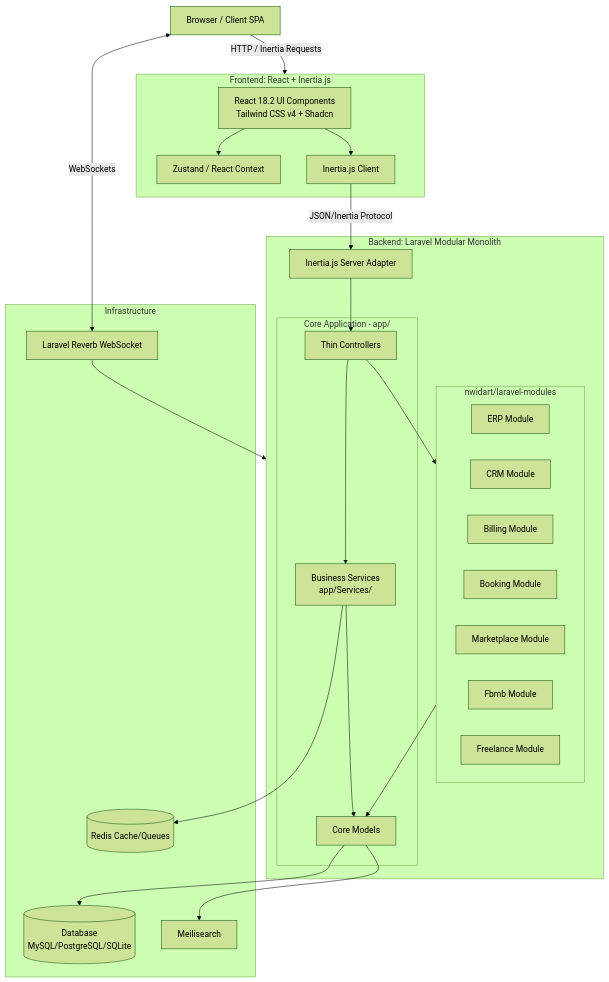
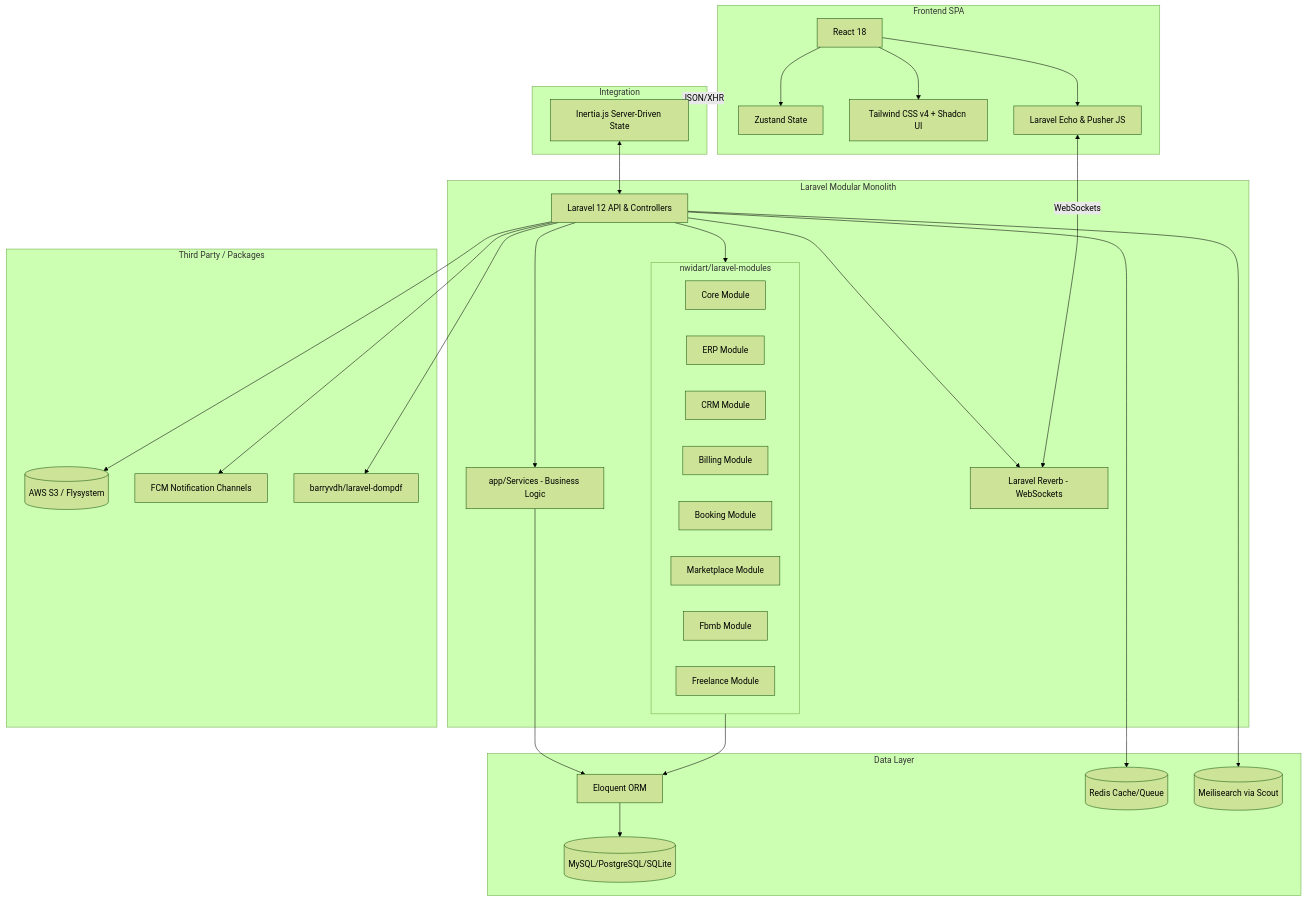
Before and after one commit to musoftware/Musoftwares: the diagram in .control/diagrams/architecture.mermaid, drawn with Mermaid (forest theme). The commit also changed 70 other files, not shown here.

````diff
--- a/.control/diagrams/architecture.mermaid
+++ b/.control/diagrams/architecture.mermaid
@@ -1,52 +1,63 @@
+```mermaid
 graph TD
-    Client[Browser / Client SPA]
-    
-    subgraph Frontend[Frontend: React + Inertia.js]
-        ReactUI[React 18.2 UI Components<br>Tailwind CSS v4 + Shadcn]
-        State[Zustand / React Context]
-        InertiaClient[Inertia.js Client]
-        ReactUI --> State
-        ReactUI --> InertiaClient
+    %% Architecture Diagram
+    subgraph Frontend [Frontend SPA]
+        React[React 18]
+        Zustand[Zustand State]
+        Tailwind[Tailwind CSS v4 + Shadcn UI]
+        Echo[Laravel Echo & Pusher JS]
+        React --> Zustand
+        React --> Tailwind
+        React --> Echo
     end
 
-    subgraph Backend[Backend: Laravel Modular Monolith]
-        InertiaServer[Inertia.js Server Adapter]
+    subgraph Integration
+        Inertia[Inertia.js Server-Driven State]
+    end
+
+    subgraph Backend [Laravel Modular Monolith]
+        Laravel[Laravel 12 API & Controllers]
+        Services[app/Services - Business Logic]
+        Reverb[Laravel Reverb - WebSockets]
         
-        subgraph CoreApp[Core Application - app/]
-            Controllers[Thin Controllers]
-            Services[Business Services<br>app/Services/]
-            Models[Core Models]
-        end
-        
-        subgraph Modules[nwidart/laravel-modules]
+        subgraph Modules [nwidart/laravel-modules]
+            Core[Core Module]
             ERP[ERP Module]
             CRM[CRM Module]
             Billing[Billing Module]
             Booking[Booking Module]
             Marketplace[Marketplace Module]
             Fbmb[Fbmb Module]
             Freelance[Freelance Module]
         end
-        
-        InertiaServer --> Controllers
-        Controllers --> Services
-        Controllers --> Modules
-        Services --> Models
-        Modules --> Models
-    end
-    
-    subgraph Infrastructure
-        DB[(Database<br>MySQL/PostgreSQL/SQLite)]
-        Redis[(Redis Cache/Queues)]
-        Scout[Meilisearch]
-        Reverb[Laravel Reverb WebSocket]
+
+        Laravel --> Services
+        Laravel --> Modules
+        Laravel --> Reverb
     end
 
-    Client -->|HTTP / Inertia Requests| Frontend
-    InertiaClient -->|JSON/Inertia Protocol| InertiaServer
-    Client <-->|WebSockets| Reverb
-    
-    Models --> DB
-    Services --> Redis
-    Models --> Scout
-    Reverb --> Backend
+    subgraph External & Key Services [Third Party / Packages]
+        S3[(AWS S3 / Flysystem)]
+        FCM[FCM Notification Channels]
+        Dompdf[barryvdh/laravel-dompdf]
+    end
+
+    subgraph Data Layer
+        Eloquent[Eloquent ORM]
+        DB[(MySQL/PostgreSQL/SQLite)]
+        Redis[(Redis Cache/Queue)]
+        Meili[(Meilisearch via Scout)]
+    end
+
+    Frontend <-->|JSON/XHR| Inertia
+    Inertia <--> Laravel
+    Echo <-->|WebSockets| Reverb
+    Services --> Eloquent
+    Modules --> Eloquent
+    Eloquent --> DB
+    Laravel --> Redis
+    Laravel --> Meili
+    Laravel --> S3
+    Laravel --> FCM
+    Laravel --> Dompdf
+```
````
